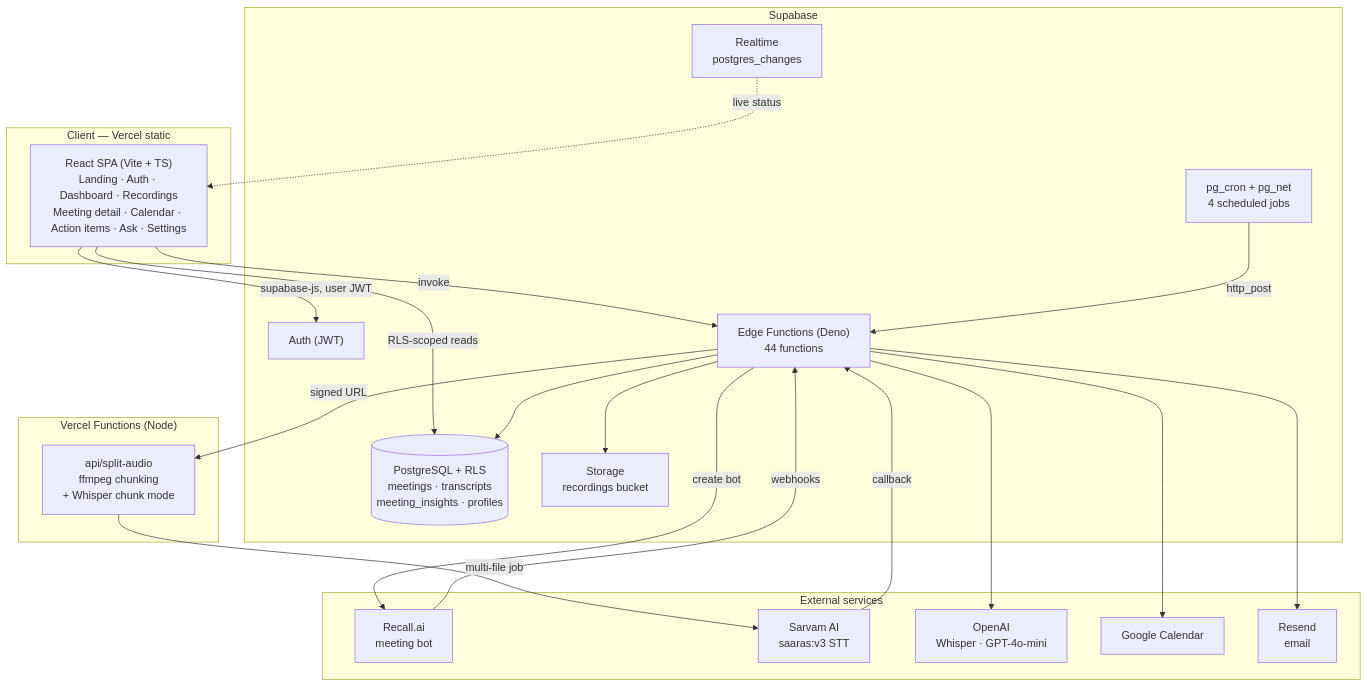
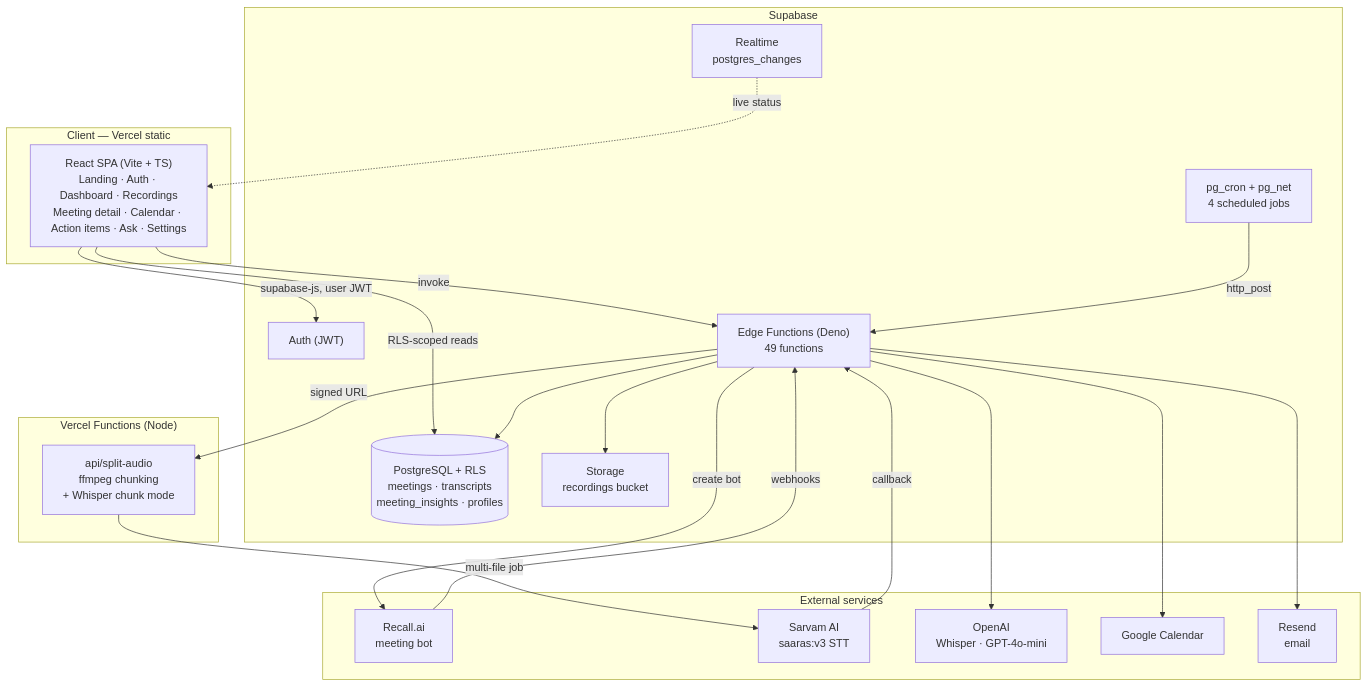
Before and after one commit to AmaanBarmare/echobrief: the first of 2 diagrams in docs/architecture.md, drawn with Mermaid. The commit also changed 15 other files, not shown here.

````diff
--- a/docs/architecture.md
+++ b/docs/architecture.md
@@ -18,45 +18,45 @@
 ```mermaid
 flowchart TB
     subgraph client["Client — Vercel static"]
         SPA["React SPA (Vite + TS)<br/>Landing · Auth · Dashboard · Recordings<br/>Meeting detail · Calendar · Action items · Ask · Settings"]
     end
 
     subgraph supa["Supabase"]
         DB[("PostgreSQL + RLS<br/>meetings · transcripts<br/>meeting_insights · profiles")]
         AUTH["Auth (JWT)"]
         STOR["Storage<br/>recordings bucket"]
         RT["Realtime<br/>postgres_changes"]
-        EF["Edge Functions (Deno)<br/>44 functions"]
+        EF["Edge Functions (Deno)<br/>49 functions"]
         CRON["pg_cron + pg_net<br/>4 scheduled jobs"]
     end
 
     subgraph vercel["Vercel Functions (Node)"]
         SPLIT["api/split-audio<br/>ffmpeg chunking<br/>+ Whisper chunk mode"]
     end
 
     subgraph ext["External services"]
         RECALL["Recall.ai<br/>meeting bot"]
         SARVAM["Sarvam AI<br/>saaras:v3 STT"]
         OPENAI["OpenAI<br/>Whisper · GPT-4o-mini"]
         GCAL["Google Calendar"]
         RESEND["Resend<br/>email"]
     end
 
     SPA -->|"supabase-js, user JWT"| AUTH
     SPA -->|"RLS-scoped reads"| DB
     SPA -->|"invoke"| EF
     RT -.->|"live status"| SPA
 
     EF --> DB
     EF --> STOR
     CRON -->|"http_post"| EF
 
     EF -->|"create bot"| RECALL
     RECALL -->|"webhooks"| EF
     EF -->|"signed URL"| SPLIT
     SPLIT -->|"multi-file job"| SARVAM
     SARVAM -->|"callback"| EF
     EF --> OPENAI
     EF --> GCAL
     EF --> RESEND
 ```
````
